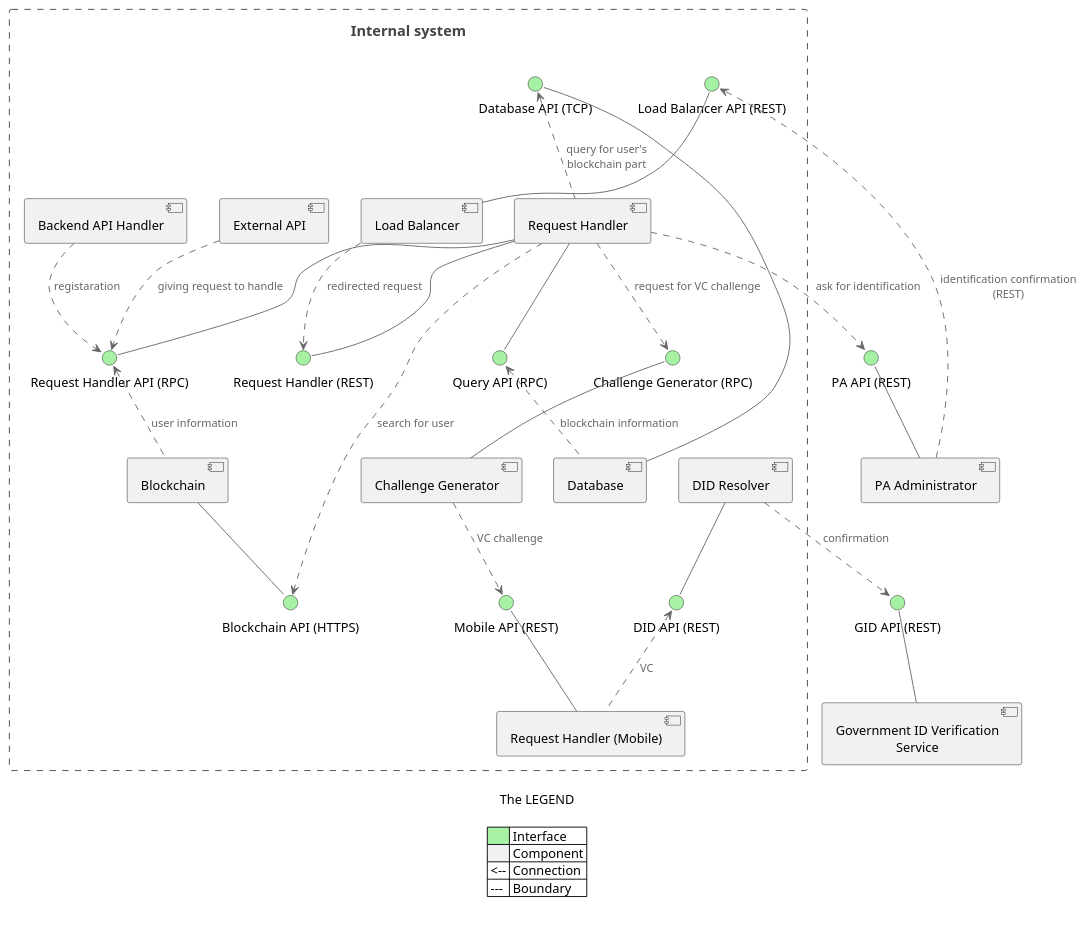
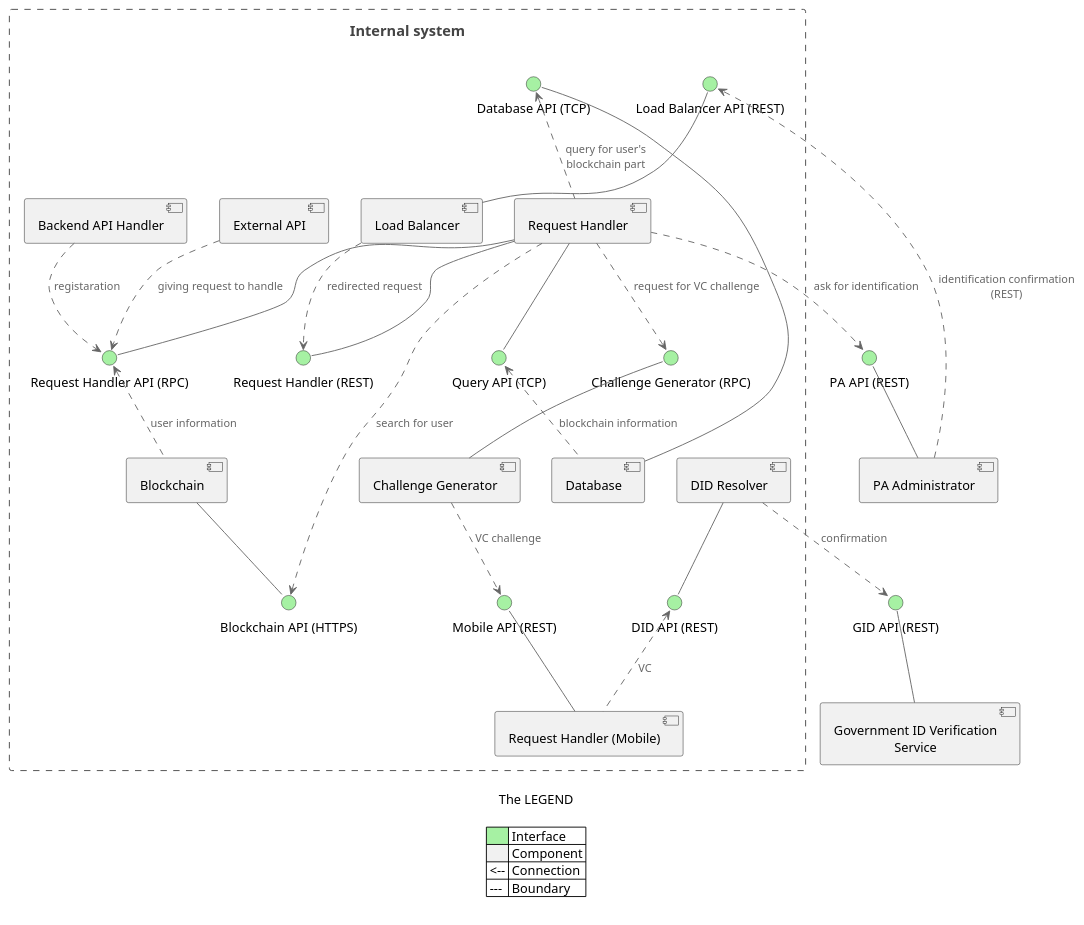
The diagram in diagramInformation.puml (Dorfultariant/Architecture_Diagrams), drawn with PlantUML before and after one commit. The commit also changed 1 other file, not shown here.

```diff
--- a/diagramInformation.puml
+++ b/diagramInformation.puml
@@ -1,112 +1,112 @@
 @startuml
 !include https://raw.githubusercontent.com/plantuml-stdlib/C4-PlantUML/master/C4_Component.puml
 
 Boundary(boundary, "Internal system") {
 
     component "Request Handler" as rh
     component "DID Resolver" as did
     component "External API" as api
     component "Challenge Generator" as cg
     
 
     component "Database" as db
 
 
     component "Request Handler (Mobile)" as md
     component "Backend API Handler" as bapi
     
     component "Load Balancer" as lb
     component Blockchain as bc
 
     interface "Request Handler (REST)" as rhr
-    interface "Query API (RPC)" as rhq 
+    interface "Query API (TCP)" as rhq 
     interface "Request Handler API (RPC)" as rhc
 
     interface "Load Balancer API (REST)" as lbc 
 
     interface "Database API (TCP)" as dbc
 
     interface "Challenge Generator (RPC)" as cgc
 
     interface "Blockchain API (HTTPS)" as bcc
 
     interface "DID API (REST)" as dida
 
     interface "Mobile API (REST)" as mdc
 }
 
 
 
 component "PA Administrator" as pa
 interface "PA API (REST)" as pap
 
 component "Government ID Verification Service" as tp
 interface "GID API (REST)" as tpa 
 
 
 rh -- rhr 
 rh -- rhq
 rh -- rhc
 
 lbc -- lb
 
 dbc -- db
 
 cgc -- cg
 
 pap -- pa
 
 bc -- bcc
 
 did -- dida
 
 tpa -- tp
 
 mdc -- md
 
 rhq <.. db : blockchain information
 rh .up.> dbc : query for user's blockchain part
 
 bapi ..> rhc : registaration 
 api ..> rhc : giving request to handle
 rhc <.. bc : user information
 
 pa ..> lbc : identification confirmation (REST)
 lb ..> rhr : redirected request 
 
 rh ..> cgc : request for VC challenge
 rh ..> pap : ask for identification
 rh ..> bcc : search for user 
 
 
 
 dida <-. md : VC 
  
 
 cg ..> mdc : VC challenge
 did ..> tpa : confirmation 
 
 
 <style>
     legend
     {
         FontColor black
     }
     interface 
     {
         BackgroundColor #a6f1a3
     }
 </style> 
 
 legend 
     The LEGEND
 
     | <#a6f1a3>| Interface |
     | <#f1f1f1> | Component |
     | <-- | Connection |
     | --- | Boundary |
 
 endlegend
 
 
 @enduml
```
